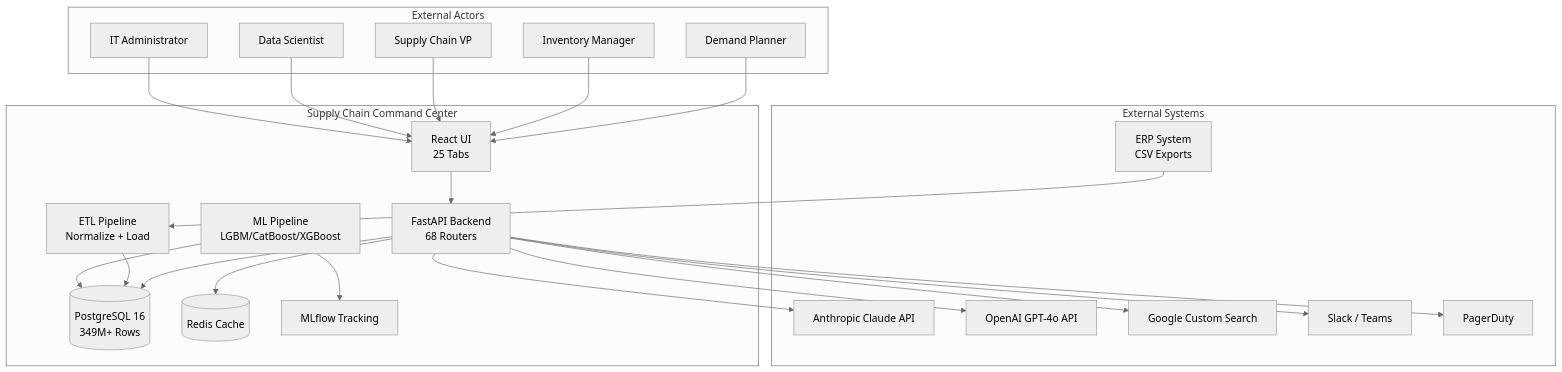
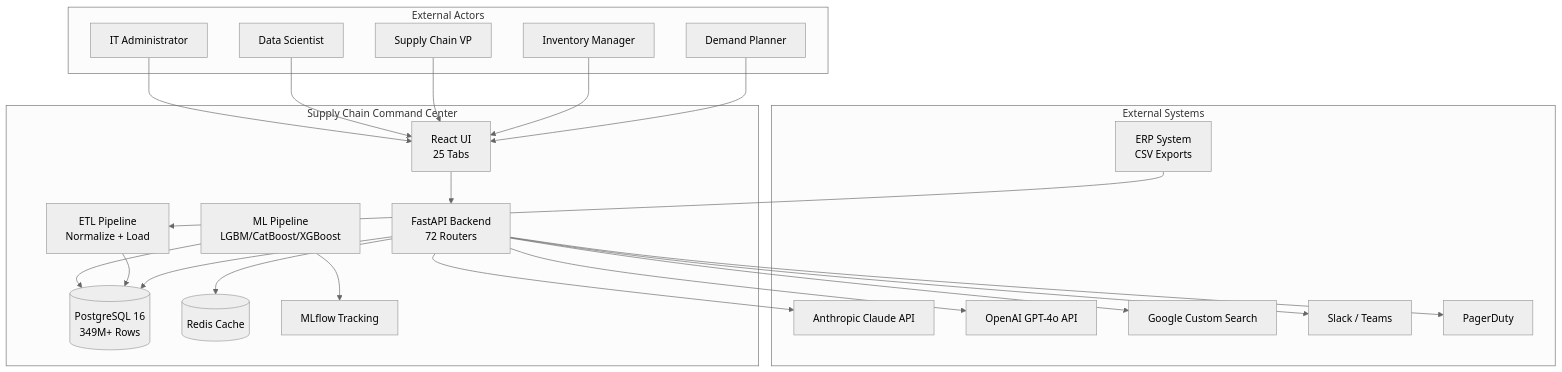
The first of 3 diagrams in docs/ENTERPRISE_ARCHITECTURE.md (chidammano-hash/DemandProject), drawn with Mermaid (neutral theme) before and after one commit. The commit also changed other lines of this file and 289 other files, not shown here.

````diff
--- a/docs/ENTERPRISE_ARCHITECTURE.md
+++ b/docs/ENTERPRISE_ARCHITECTURE.md
@@ -72,49 +72,49 @@
 ```mermaid
 graph TB
     subgraph External Actors
         DP[Demand Planner]
         IM[Inventory Manager]
         VP[Supply Chain VP]
         DS[Data Scientist]
         IT[IT Administrator]
     end
 
     subgraph External Systems
         ERP[ERP System<br>CSV Exports]
         CLAUDE[Anthropic Claude API]
         OPENAI[OpenAI GPT-4o API]
         GOOGLE[Google Custom Search]
         SLACK[Slack / Teams]
         PAGER[PagerDuty]
     end
 
     subgraph Supply Chain Command Center
         UI[React UI<br>25 Tabs]
-        API[FastAPI Backend<br>68 Routers]
+        API[FastAPI Backend<br>72 Routers]
         ML[ML Pipeline<br>LGBM/CatBoost/XGBoost]
         ETL[ETL Pipeline<br>Normalize + Load]
         DB[(PostgreSQL 16<br>349M+ Rows)]
         CACHE[(Redis Cache)]
         MLFLOW[MLflow Tracking]
     end
 
     DP --> UI
     IM --> UI
     VP --> UI
     DS --> UI
     IT --> UI
 
     UI --> API
     API --> DB
     API --> CACHE
     API --> CLAUDE
     API --> OPENAI
     API --> GOOGLE
     API --> SLACK
     API --> PAGER
 
     ERP --> ETL
     ETL --> DB
     ML --> DB
     ML --> MLFLOW
 ```
````
